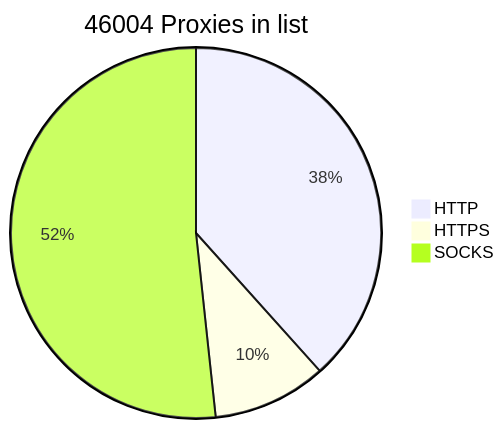
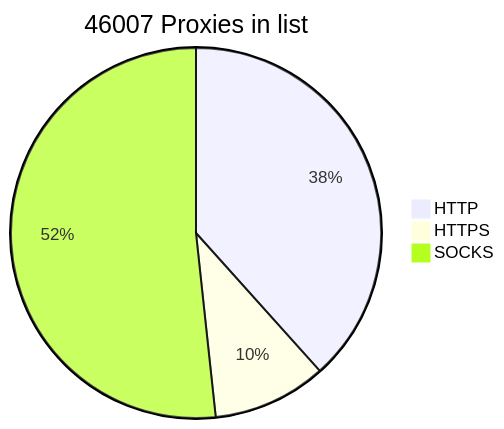
The diagram in README.md (BlackSnowDot/proxylist-update-every-minute), drawn with Mermaid before and after one commit.

````diff
--- a/README.md
+++ b/README.md
@@ -2,6 +2,6 @@
 ```mermaid
-pie title 46004 Proxies in list
+pie title 46007 Proxies in list
     "HTTP" : 19294
     "HTTPS": 5001
-    "SOCKS" : 26003
+    "SOCKS" : 26006
 ```
````
